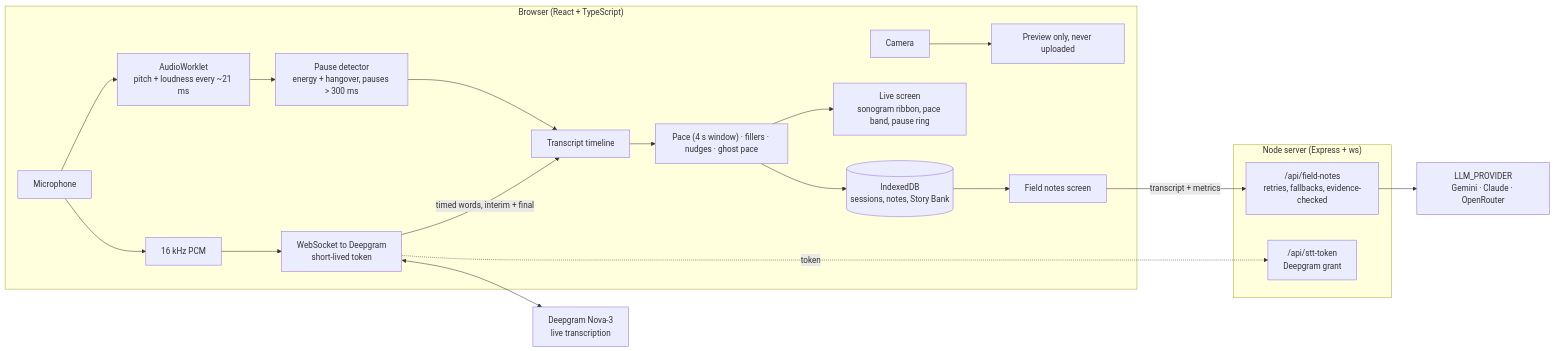
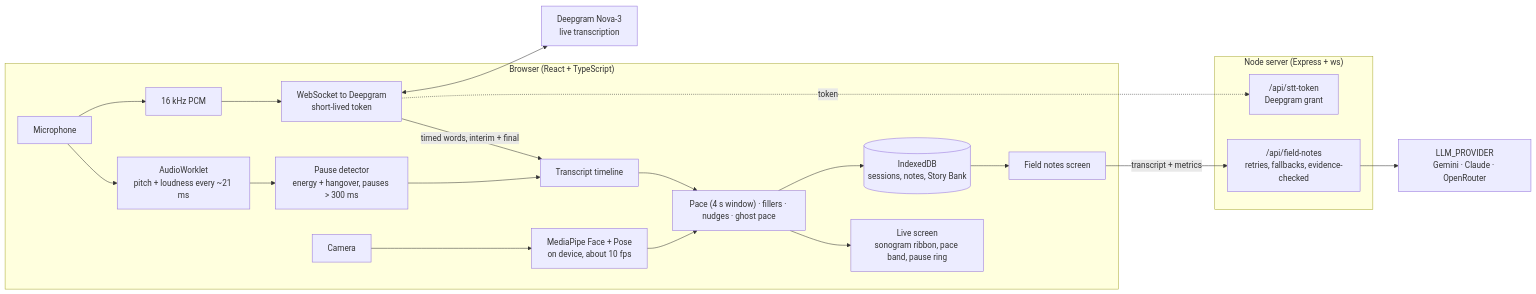
Before and after one commit to manoj2883/Vireo: the diagram in README.md, drawn with Mermaid. The commit also changed other lines of this file and 7 other files, not shown here.

````diff
--- a/README.md
+++ b/README.md
@@ -27,24 +27,25 @@
 ```mermaid
 flowchart LR
   subgraph Browser["Browser (React + TypeScript)"]
     Mic[Microphone] --> Worklet["AudioWorklet<br/>pitch + loudness every ~21 ms"]
     Worklet --> VAD["Pause detector<br/>energy + hangover, pauses > 300 ms"]
     Mic --> PCM["16 kHz PCM"]
     PCM --> Uplink["WebSocket to Deepgram<br/>short-lived token"]
     Uplink -->|timed words, interim + final| Timeline["Transcript timeline"]
-    Cam[Camera] --> Preview[Preview only, never uploaded]
+    Cam[Camera] --> Vision["MediaPipe Face + Pose<br/>on device, about 10 fps"]
+    Vision --> Metrics
     VAD --> Timeline
     Timeline --> Metrics["Pace (4 s window) · fillers · nudges · ghost pace"]
     Metrics --> HUD["Live screen<br/>sonogram ribbon, pace band, pause ring"]
     Metrics --> Store[(IndexedDB<br/>sessions, notes, Story Bank)]
     Store --> Notes[Field notes screen]
   end
   subgraph Server["Node server (Express + ws)"]
     Token["/api/stt-token<br/>Deepgram grant"]
     Api["/api/field-notes<br/>retries, fallbacks, evidence-checked"]
   end
   Uplink -.->|token| Token
   Uplink <--> Deepgram["Deepgram Nova-3<br/>live transcription"]
   Notes -->|transcript + metrics| Api
   Api --> LLM["LLM_PROVIDER<br/>Gemini · Claude · OpenRouter"]
 ```
````
